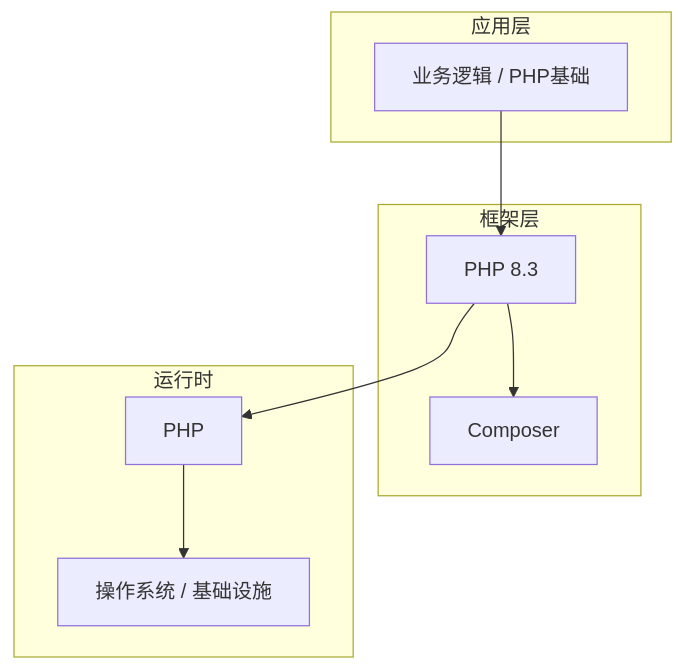
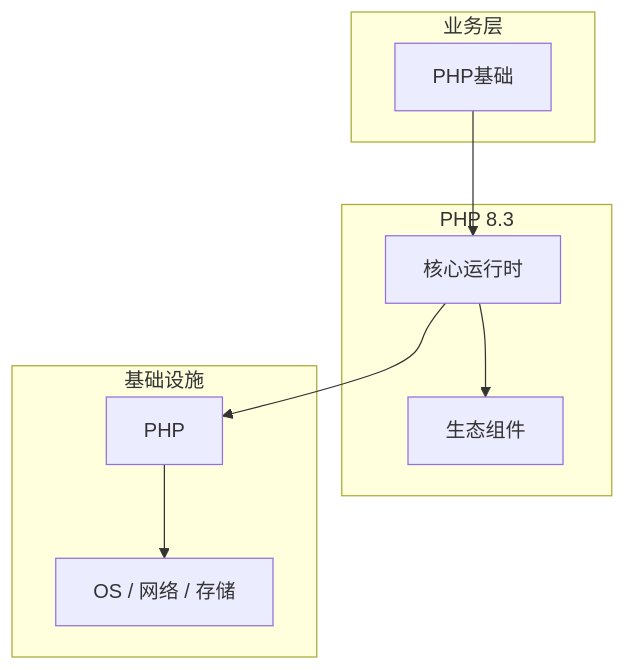
One commit to yanggan2015/knowledge-json-v2 changed the diagram in articles/PHP/chapters/001-PHP基础核心概念与原理.md. Above: the diagram before and after it, drawn with Mermaid. The commit also changed other lines of this file and 10127 other files, not shown here.

````diff
--- a/articles/PHP/chapters/001-PHP基础核心概念与原理.md
+++ b/articles/PHP/chapters/001-PHP基础核心概念与原理.md
@@ -45,18 +34,18 @@
 ```mermaid
 graph TB
-    subgraph 应用层
-        A[业务逻辑 / PHP基础]
+    subgraph 业务层
+        A[PHP基础]
     end
-    subgraph 框架层
-        B[PHP 8.3]
-        C[Composer]
+    subgraph PHP 8.3
+        B[核心运行时]
+        C[生态组件]
     end
-    subgraph 运行时
+    subgraph 基础设施
         D[PHP]
-        E[操作系统 / 基础设施]
+        E[OS / 网络 / 存储]
     end
     A --> B
     B --> C
     B --> D
     D --> E
 ```
````
